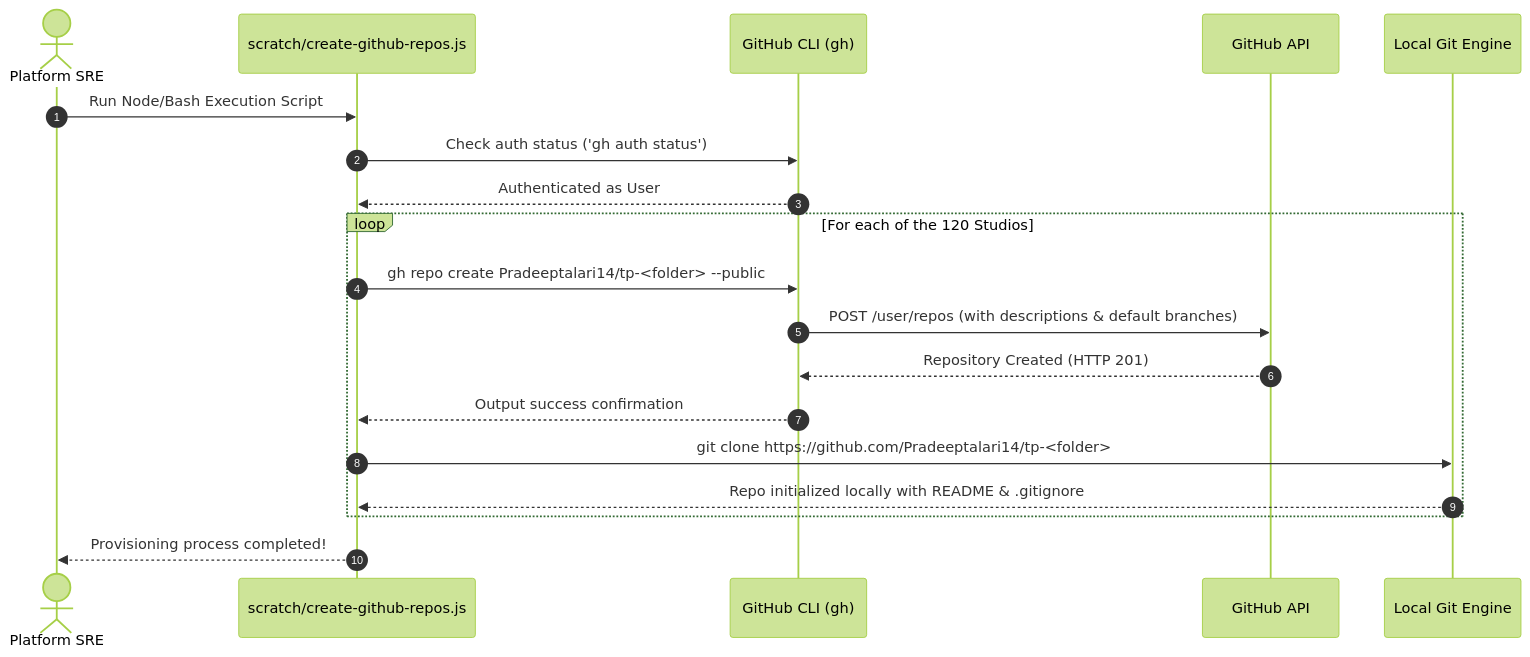
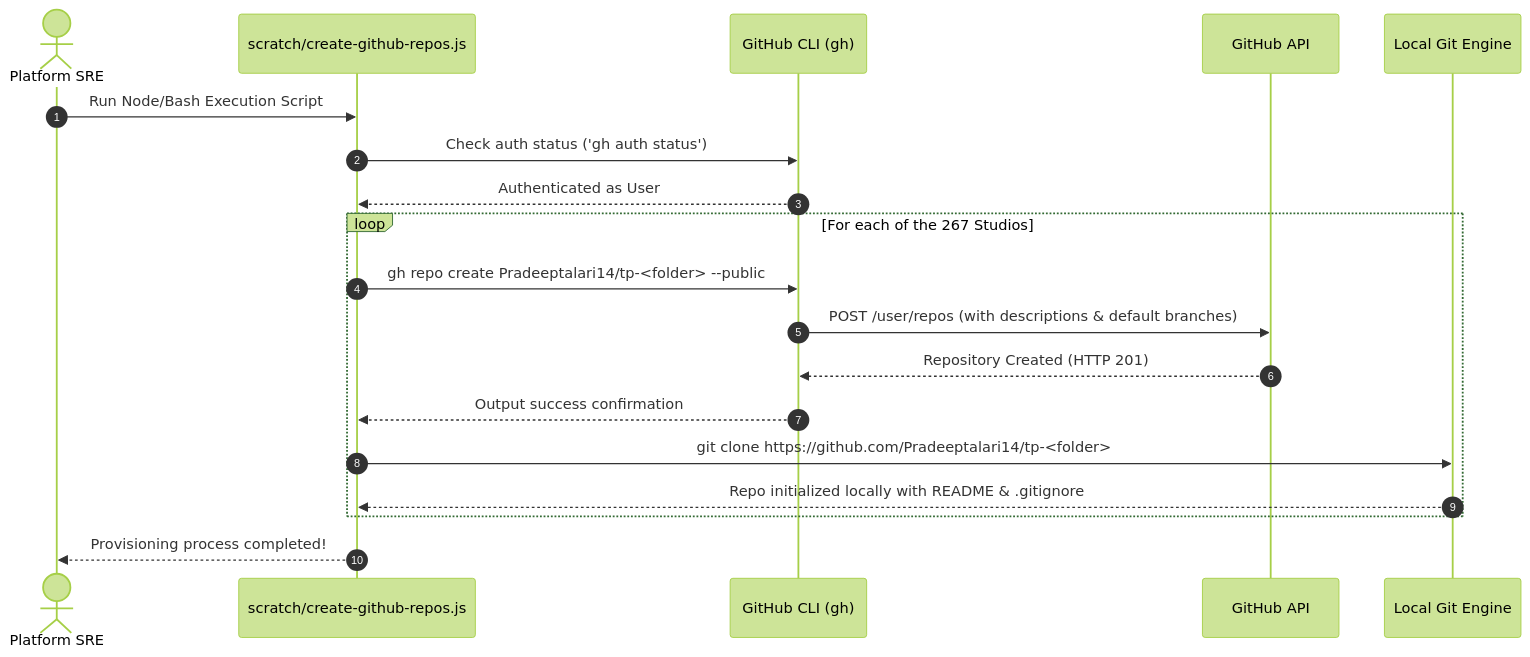
The first of 2 diagrams in GITHUB_PROVISIONING_GUIDE.md (Pradeeptalari14/portfolio), drawn with Mermaid (forest theme) before and after one commit. The commit also changed other lines of this file and 17 other files, not shown here.

Commit message:
feat: add clean /AI/ route, update catalog counts, and complete repository SRE flow diagram enrichment

````diff
--- a/GITHUB_PROVISIONING_GUIDE.md
+++ b/GITHUB_PROVISIONING_GUIDE.md
@@ -25,22 +25,22 @@
 ```mermaid
 sequenceDiagram
     autonumber
     actor Engineer as Platform SRE
     participant Script as scratch/create-github-repos.js
     participant gh as GitHub CLI (gh)
     participant API as GitHub API
     participant Git as Local Git Engine
 
     Engineer->>Script: Run Node/Bash Execution Script
     Script->>gh: Check auth status ('gh auth status')
     gh-->>Script: Authenticated as User
-    loop For each of the 120 Studios
+    loop For each of the 267 Studios
         Script->>gh: gh repo create Pradeeptalari14/tp-<folder> --public
         gh->>API: POST /user/repos (with descriptions & default branches)
         API-->>gh: Repository Created (HTTP 201)
         gh-->>Script: Output success confirmation
         Script->>Git: git clone https://github.com/Pradeeptalari14/tp-<folder>
         Git-->>Script: Repo initialized locally with README & .gitignore
     end
     Script-->>Engineer: Provisioning process completed!
 ```
````
